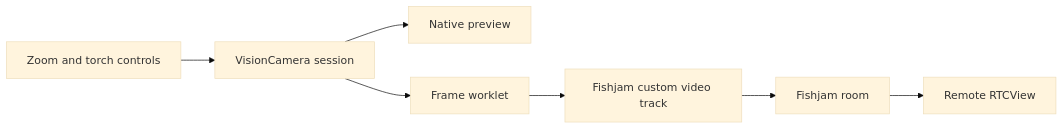
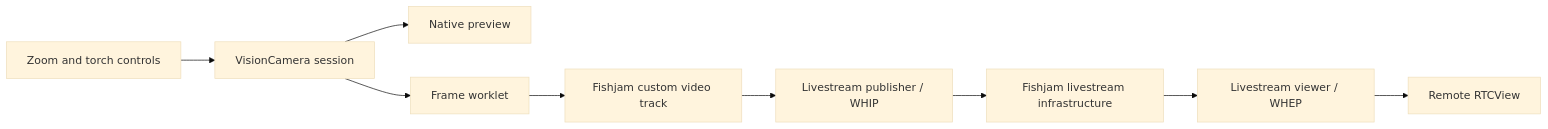
One commit to jtatar/fishjam-vision-camera-demo changed the diagram in docs/architecture.md. Above: the diagram before and after it, drawn with Mermaid (base theme). The commit also changed other lines of this file and 34 other files, not shown here.

First line of the commit message:
Migrate camera demo to Fishjam livestream APIs

````diff
--- a/docs/architecture.md
+++ b/docs/architecture.md
@@ -5,9 +5,11 @@
 ```mermaid
 flowchart LR
   Controls[Zoom and torch controls] --> Camera[VisionCamera session]
   Camera --> Preview[Native preview]
   Camera --> Frames[Frame worklet]
   Frames --> Track[Fishjam custom video track]
-  Track --> Room[Fishjam room]
-  Room --> Viewer[Remote RTCView]
+  Track --> WHIP[Livestream publisher / WHIP]
+  WHIP --> Room[Fishjam livestream infrastructure]
+  Room --> WHEP[Livestream viewer / WHEP]
+  WHEP --> Viewer[Remote RTCView]
 ```
````
